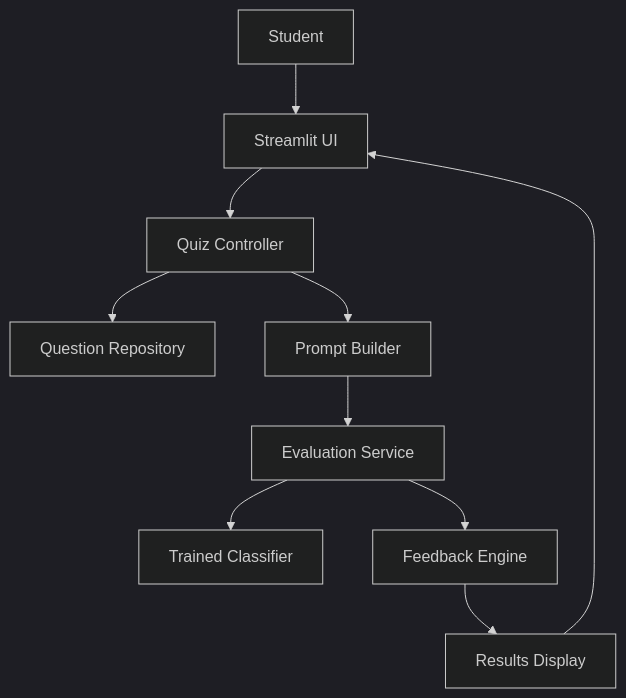
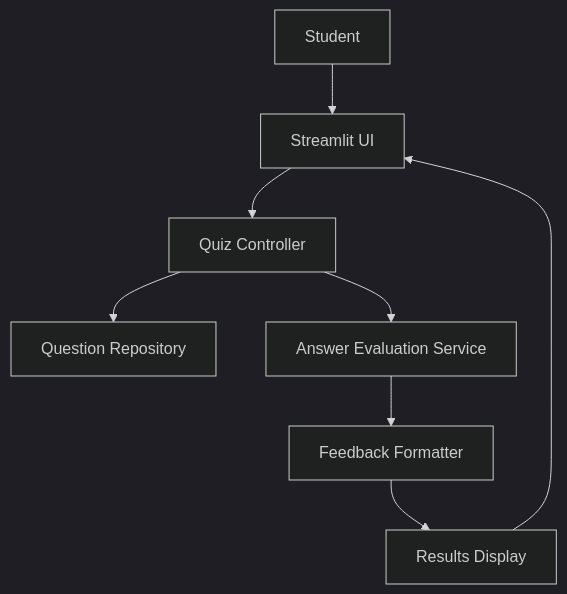
One commit to DanielLevenstein/AWS-Certification-Coach changed the first of 2 diagrams in docs/ARCHITECTURE.md. Above: the diagram before and after it, drawn with Mermaid (dark theme). The commit also changed other lines of this file and 6 other files, not shown here.

````diff
--- a/docs/ARCHITECTURE.md
+++ b/docs/ARCHITECTURE.md
@@ -6,25 +7,18 @@
 ```mermaid
 flowchart TD
     User[Student]
     UI[Streamlit UI]
     Controller[Quiz Controller]
     Repo[Question Repository]
-    Prompt[Prompt Builder]
-    Eval[Evaluation Service]
-    Classifier[Trained Classifier]
-    Feedback[Feedback Engine]
+    Eval[Answer Evaluation Service]
+    Feedback[Feedback Formatter]
     Results[Results Display]
 
     User --> UI
     UI --> Controller
-
     Controller --> Repo
-    Controller --> Prompt
-
-    Prompt --> Eval
-    Eval --> Classifier
+    Controller --> Eval
     Eval --> Feedback
-
     Feedback --> Results
     Results --> UI
 ```
````
